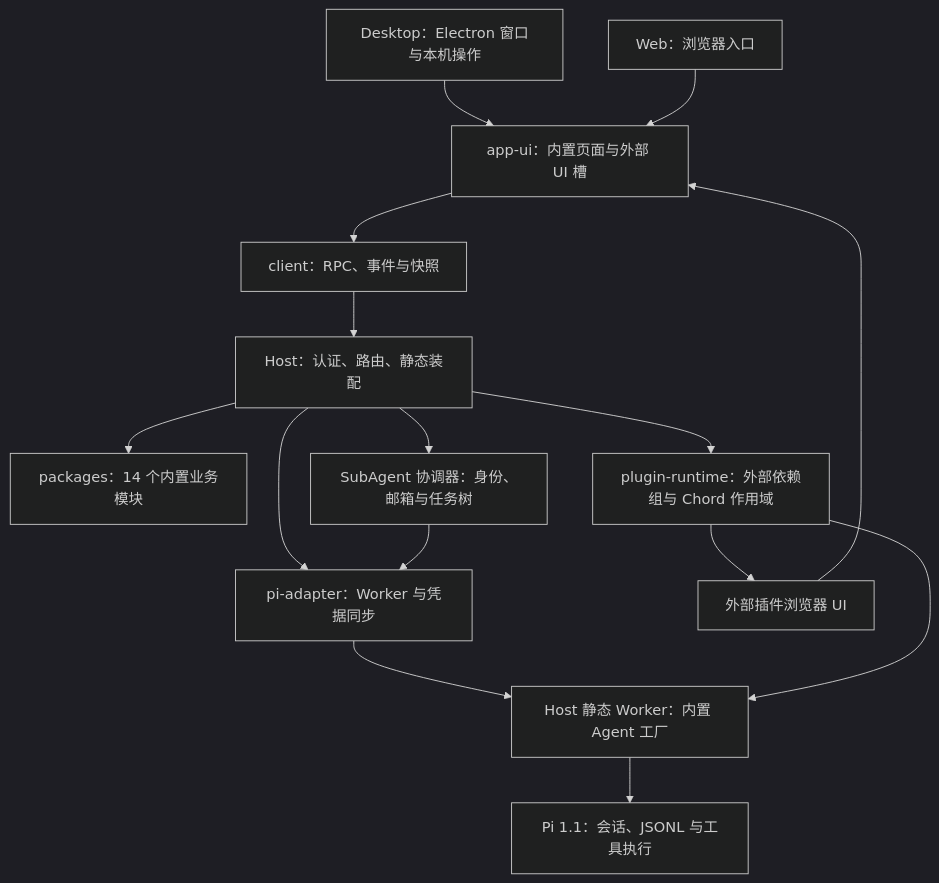
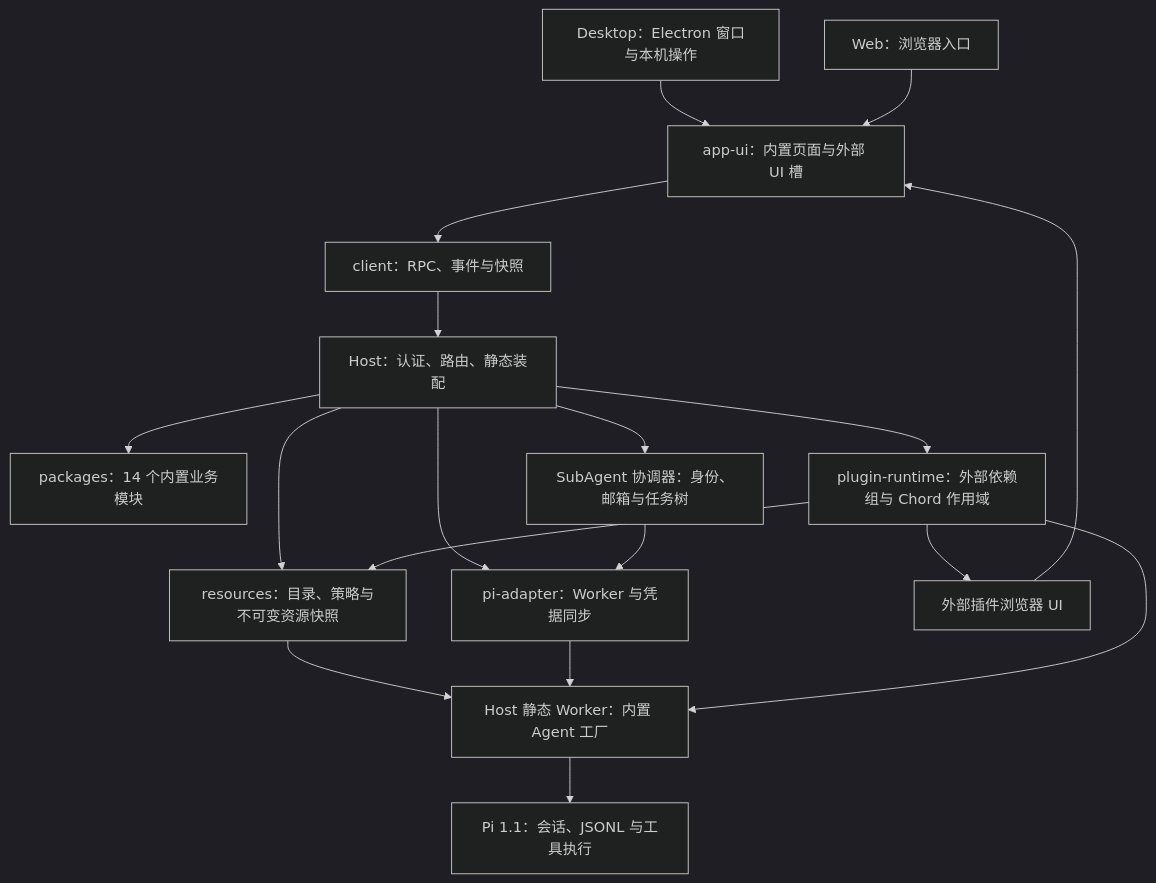
One commit to xidongdong-153/Pi-meme changed the first of 5 diagrams in docs/architecture.md. Above: the diagram before and after it, drawn with Mermaid. The commit also changed other lines of this file and 110 other files, not shown here.

````diff
--- a/docs/architecture.md
+++ b/docs/architecture.md
@@ -7,18 +7,21 @@
 ```mermaid
 %%{init: {"theme": "dark"}}%%
 flowchart TD
   Desktop["Desktop：Electron 窗口与本机操作"] --> App["app-ui：内置页面与外部 UI 槽"]
   Web["Web：浏览器入口"] --> App
   App --> Client["client：RPC、事件与快照"]
   Client --> Host["Host：认证、路由、静态装配"]
   Host --> Builtins["packages：14 个内置业务模块"]
   Host --> Plugins["plugin-runtime：外部依赖组与 Chord 作用域"]
+  Host --> Resources["resources：目录、策略与不可变资源快照"]
+  Plugins --> Resources
+  Resources --> Worker
   Host --> Coordinator["SubAgent 协调器：身份、邮箱与任务树"]
   Host --> Adapter["pi-adapter：Worker 与凭据同步"]
   Coordinator --> Adapter
   Adapter --> Worker["Host 静态 Worker：内置 Agent 工厂"]
   Plugins --> Worker
   Worker --> Pi["Pi 1.1：会话、JSONL 与工具执行"]
   Plugins --> Slots["外部插件浏览器 UI"]
   Slots --> App
 ```
````
